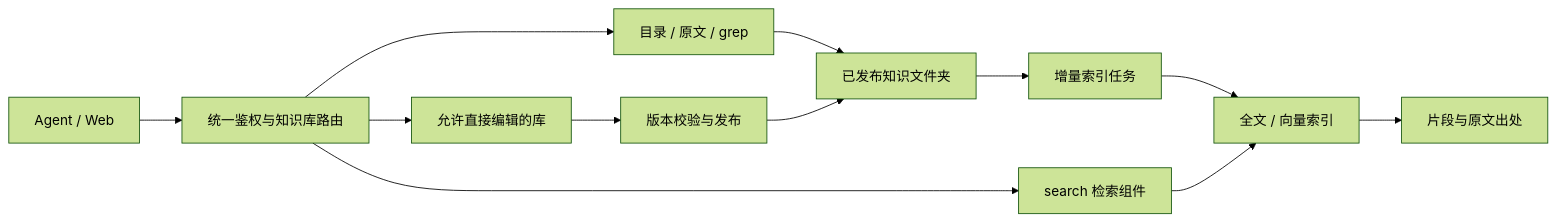
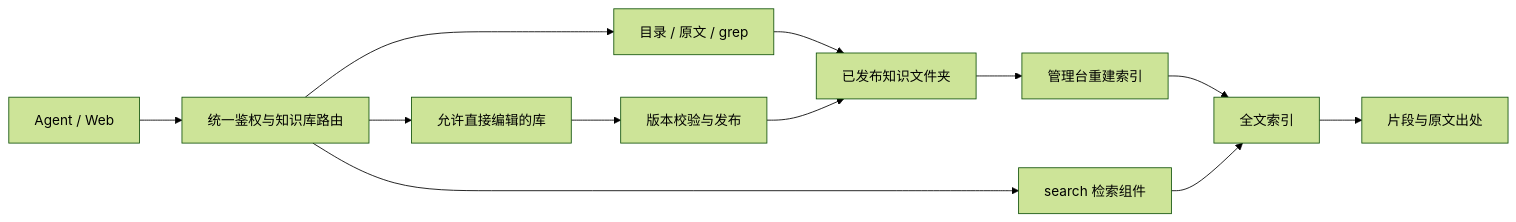
Before and after one commit to 1870987237/folder-knowledge-service: the first of 2 diagrams in docs/key-capabilities-and-retrieval.md, drawn with Mermaid (forest theme). The commit also changed other lines of this file and 18 other files, not shown here.

````diff
--- a/docs/key-capabilities-and-retrieval.md
+++ b/docs/key-capabilities-and-retrieval.md
@@ -78,14 +73,14 @@
 ```mermaid
 flowchart LR
     A[Agent / Web] --> P[统一鉴权与知识库路由]
     P --> F[目录 / 原文 / grep]
     P --> S[search 检索组件]
     P --> W[允许直接编辑的库]
     F --> D[已发布知识文件夹]
     W --> V[版本校验与发布]
     V --> D
-    D --> J[增量索引任务]
-    J --> I[全文 / 向量索引]
+    D --> J[管理台重建索引]
+    J --> I[全文索引]
     S --> I
     I --> R[片段与原文出处]
 ```
````
